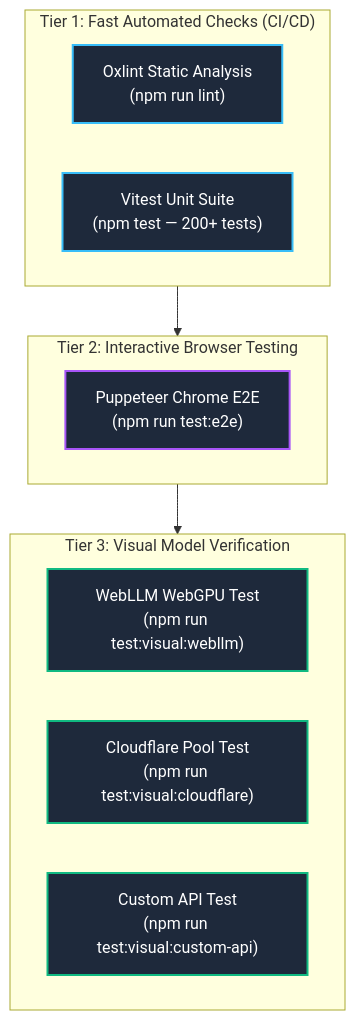
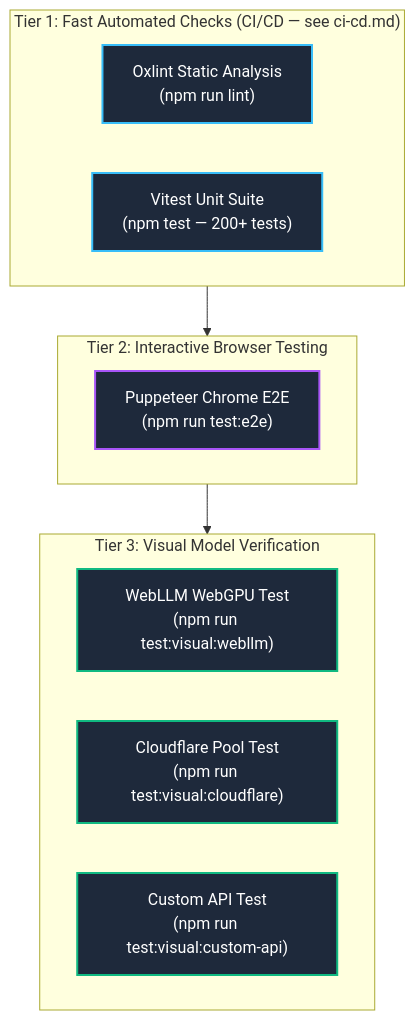
The diagram in docs/development/testing.md (Unheat/Kites), drawn with Mermaid before and after one commit. The commit also changed 4 other files, not shown here.

````diff
--- a/docs/development/testing.md
+++ b/docs/development/testing.md
@@ -9,24 +9,24 @@
 ```mermaid
 graph TD
     classDef unit fill:#1e293b,stroke:#38bdf8,stroke-width:2px,color:#fff;
     classDef e2e fill:#1e293b,stroke:#a855f7,stroke-width:2px,color:#fff;
     classDef visual fill:#1e293b,stroke:#10b981,stroke-width:2px,color:#fff;
 
-    subgraph Tier1["Tier 1: Fast Automated Checks (CI/CD)"]
+    subgraph Tier1["Tier 1: Fast Automated Checks (CI/CD — see ci-cd.md)"]
         Lint["Oxlint Static Analysis<br/>(npm run lint)"]:::unit
         Unit["Vitest Unit Suite<br/>(npm test — 200+ tests)"]:::unit
     end
 
     subgraph Tier2["Tier 2: Interactive Browser Testing"]
         PuppeteerE2E["Puppeteer Chrome E2E<br/>(npm run test:e2e)"]:::e2e
     end
 
     subgraph Tier3["Tier 3: Visual Model Verification"]
         VisualWebLLM["WebLLM WebGPU Test<br/>(npm run test:visual:webllm)"]:::visual
         VisualCloud["Cloudflare Pool Test<br/>(npm run test:visual:cloudflare)"]:::visual
         VisualCustom["Custom API Test<br/>(npm run test:visual:custom-api)"]:::visual
     end
 
     Tier1 --> Tier2
     Tier2 --> Tier3
 ```
````
